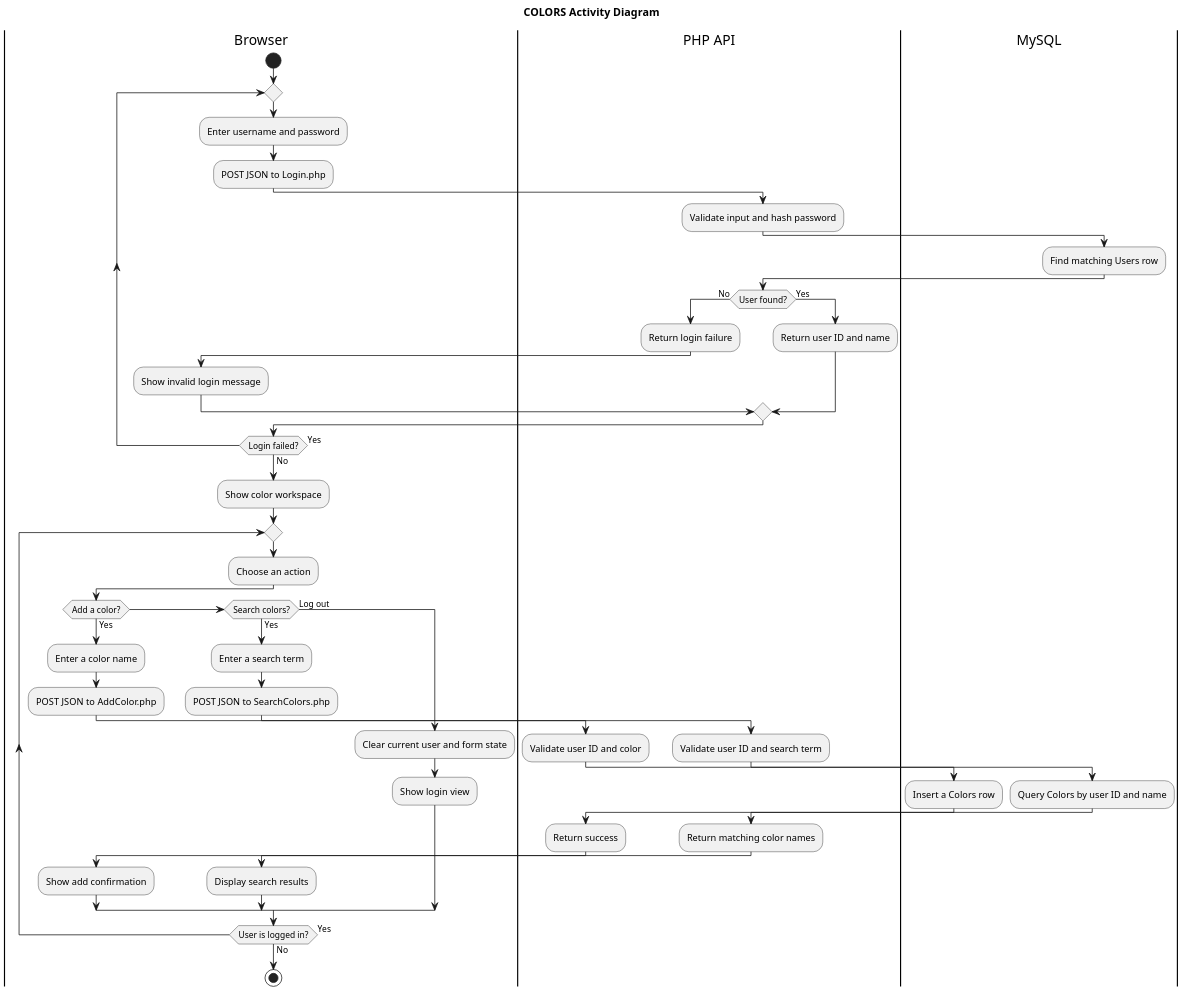
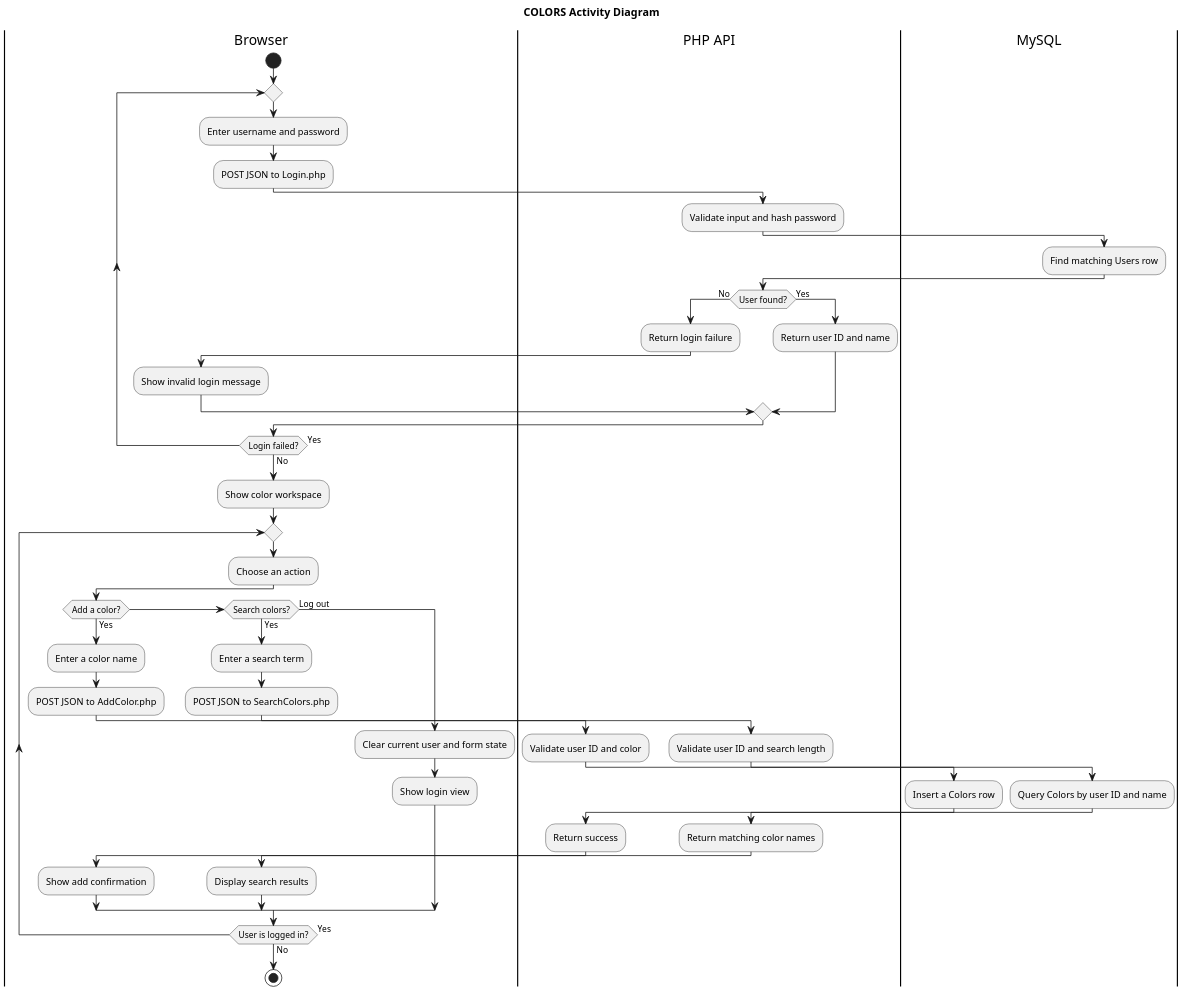
Before and after one commit to IbrahimShaqqou/colors-lamp: the diagram in docs/uml/activity.puml, drawn with PlantUML. The commit also changed 5 other files, not shown here.

Commit message:
Correct UML diagram details

```diff
--- a/docs/uml/activity.puml
+++ b/docs/uml/activity.puml
@@ -1,65 +1,65 @@
 @startuml
 !pragma layout smetana
 title COLORS Activity Diagram
 
 skinparam monochrome true
 skinparam shadowing false
 skinparam backgroundColor white
 skinparam dpi 160
 
 |Browser|
 start
 
 repeat
   :Enter username and password;
   :POST JSON to Login.php;
   |PHP API|
   :Validate input and hash password;
   |MySQL|
   :Find matching Users row;
   |PHP API|
   if (User found?) then (No)
     :Return login failure;
     |Browser|
     :Show invalid login message;
   else (Yes)
     |PHP API|
     :Return user ID and name;
     |Browser|
   endif
 repeat while (Login failed?) is (Yes) not (No)
 
 :Show color workspace;
 
 repeat
   :Choose an action;
   if (Add a color?) then (Yes)
     :Enter a color name;
     :POST JSON to AddColor.php;
     |PHP API|
     :Validate user ID and color;
     |MySQL|
     :Insert a Colors row;
     |PHP API|
     :Return success;
     |Browser|
     :Show add confirmation;
   elseif (Search colors?) then (Yes)
     :Enter a search term;
     :POST JSON to SearchColors.php;
     |PHP API|
-    :Validate user ID and search term;
+    :Validate user ID and search length;
     |MySQL|
     :Query Colors by user ID and name;
     |PHP API|
     :Return matching color names;
     |Browser|
     :Display search results;
   else (Log out)
     :Clear current user and form state;
     :Show login view;
   endif
 repeat while (User is logged in?) is (Yes) not (No)
 
 stop
 @enduml
```
